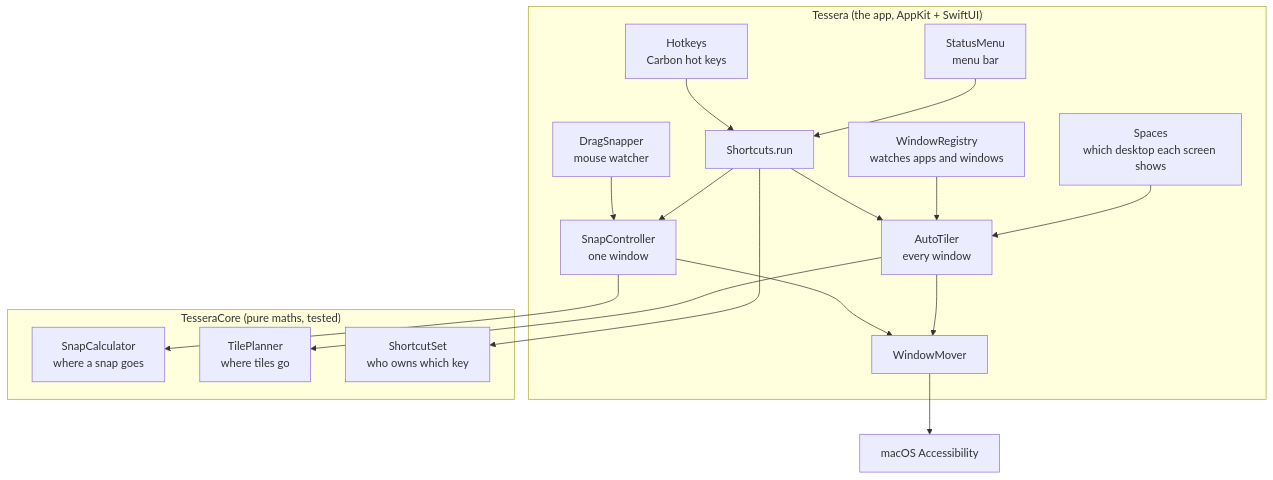
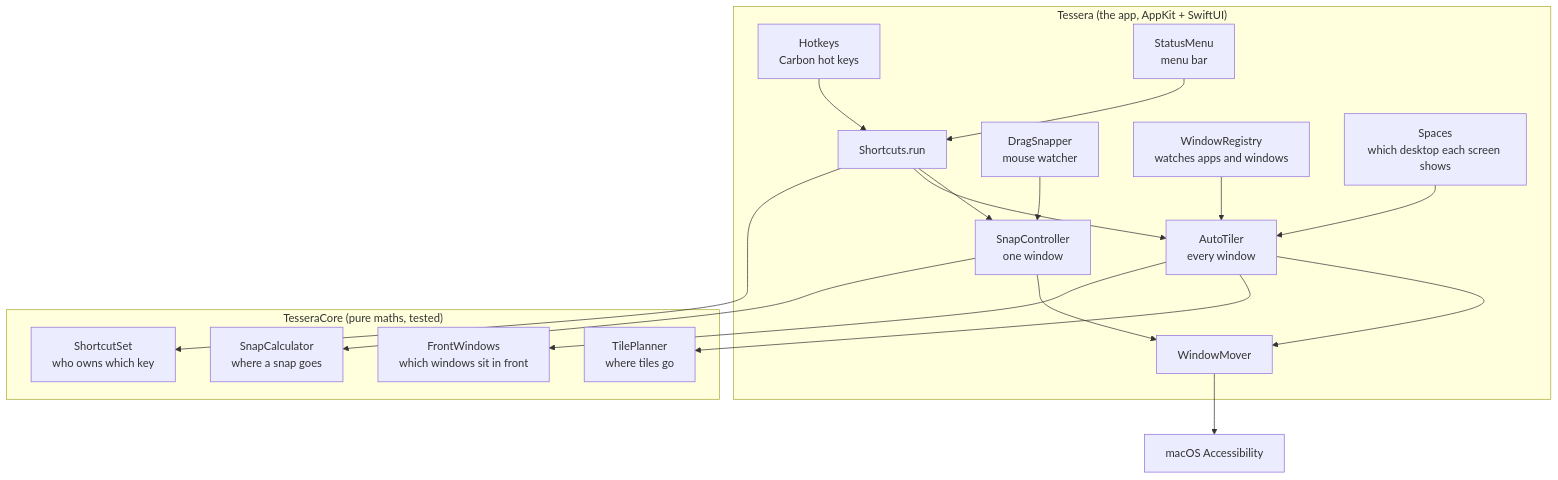
One commit to vik101/Tessera changed the fourth of 4 diagrams in README.md. Above: the diagram before and after it, drawn with Mermaid. The commit also changed other lines of this file and 14 other files, not shown here.

````diff
--- a/README.md
+++ b/README.md
@@ -123,23 +149,25 @@
 ```mermaid
 flowchart TB
     subgraph App["Tessera (the app, AppKit + SwiftUI)"]
         HK["Hotkeys<br/>Carbon hot keys"] --> CMD["Shortcuts.run"]
         MENU["StatusMenu<br/>menu bar"] --> CMD
         DRAG["DragSnapper<br/>mouse watcher"] --> SNAP
         CMD --> SNAP["SnapController<br/>one window"]
         CMD --> TILE["AutoTiler<br/>every window"]
         SNAP --> MOVE["WindowMover"]
         TILE --> MOVE
         REG["WindowRegistry<br/>watches apps and windows"] --> TILE
         SPC["Spaces<br/>which desktop each screen shows"] --> TILE
     end
     subgraph Core["TesseraCore (pure maths, tested)"]
         CALC["SnapCalculator<br/>where a snap goes"]
         PLAN["TilePlanner<br/>where tiles go"]
+        FRONT["FrontWindows<br/>which windows sit in front"]
         KEYS["ShortcutSet<br/>who owns which key"]
     end
     SNAP --> CALC
     TILE --> PLAN
+    TILE --> FRONT
     CMD --> KEYS
     MOVE --> AX["macOS Accessibility"]
 ```
````
